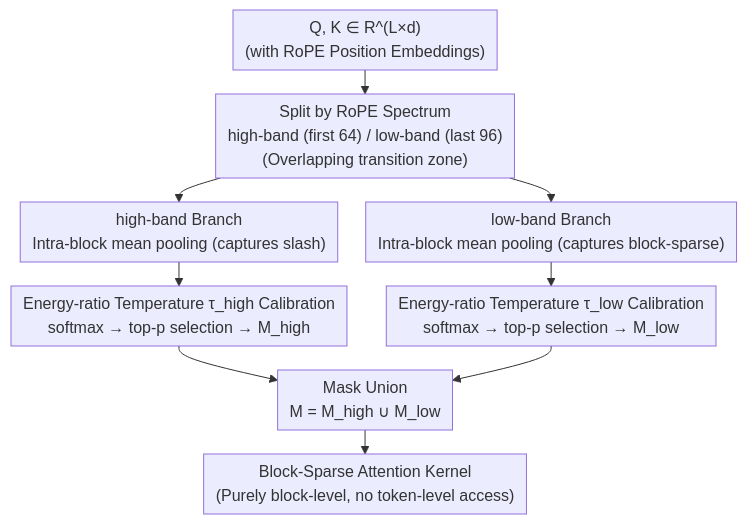
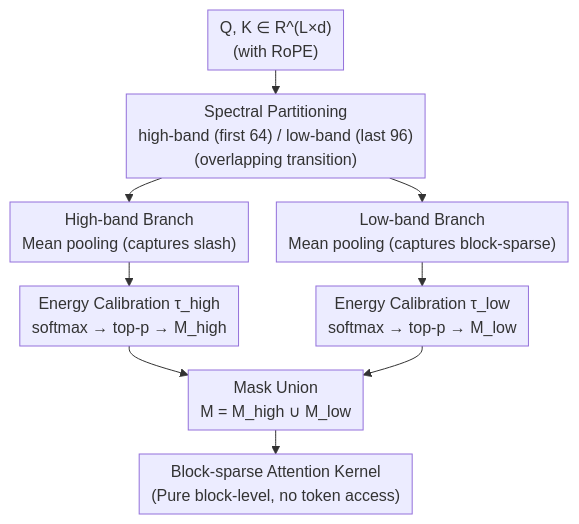
One commit to zhaoyang97/Paper-Notes-en changed the diagram in docs/ICML2026/llm_efficiency/prism_spectral-aware_block-sparse_attention.md. Above: the diagram before and after it, drawn with Mermaid. The commit also changed other lines of this file and 5084 other files, not shown here.

````diff
--- a/docs/ICML2026/llm_efficiency/prism_spectral-aware_block-sparse_attention.md
+++ b/docs/ICML2026/llm_efficiency/prism_spectral-aware_block-sparse_attention.md
@@ -43,12 +43,12 @@
 ```mermaid
 %%{init: {'flowchart': {'rankSpacing': 24, 'nodeSpacing': 28, 'padding': 6, 'wrappingWidth': 400}}}%%
 flowchart TD
-    A["Q, K ∈ R^(L×d)<br/>(with RoPE Position Embeddings)"] --> B["Split by RoPE Spectrum<br/>high-band (first 64) / low-band (last 96)<br/>(Overlapping transition zone)"]
-    B --> H["high-band Branch<br/>Intra-block mean pooling (captures slash)"]
-    B --> L["low-band Branch<br/>Intra-block mean pooling (captures block-sparse)"]
-    H --> HC["Energy-ratio Temperature τ_high Calibration<br/>softmax → top-p selection → M_high"]
-    L --> LC["Energy-ratio Temperature τ_low Calibration<br/>softmax → top-p selection → M_low"]
+    A["Q, K ∈ R^(L×d)<br/>(with RoPE)"] --> B["Spectral Partitioning<br/>high-band (first 64) / low-band (last 96)<br/>(overlapping transition)"]
+    B --> H["High-band Branch<br/>Mean pooling (captures slash)"]
+    B --> L["Low-band Branch<br/>Mean pooling (captures block-sparse)"]
+    H --> HC["Energy Calibration τ_high<br/>softmax → top-p → M_high"]
+    L --> LC["Energy Calibration τ_low<br/>softmax → top-p → M_low"]
     HC --> U["Mask Union<br/>M = M_high ∪ M_low"]
     LC --> U
-    U --> O["Block-Sparse Attention Kernel<br/>(Purely block-level, no token-level access)"]
+    U --> O["Block-sparse Attention Kernel<br/>(Pure block-level, no token access)"]
 ```
````
